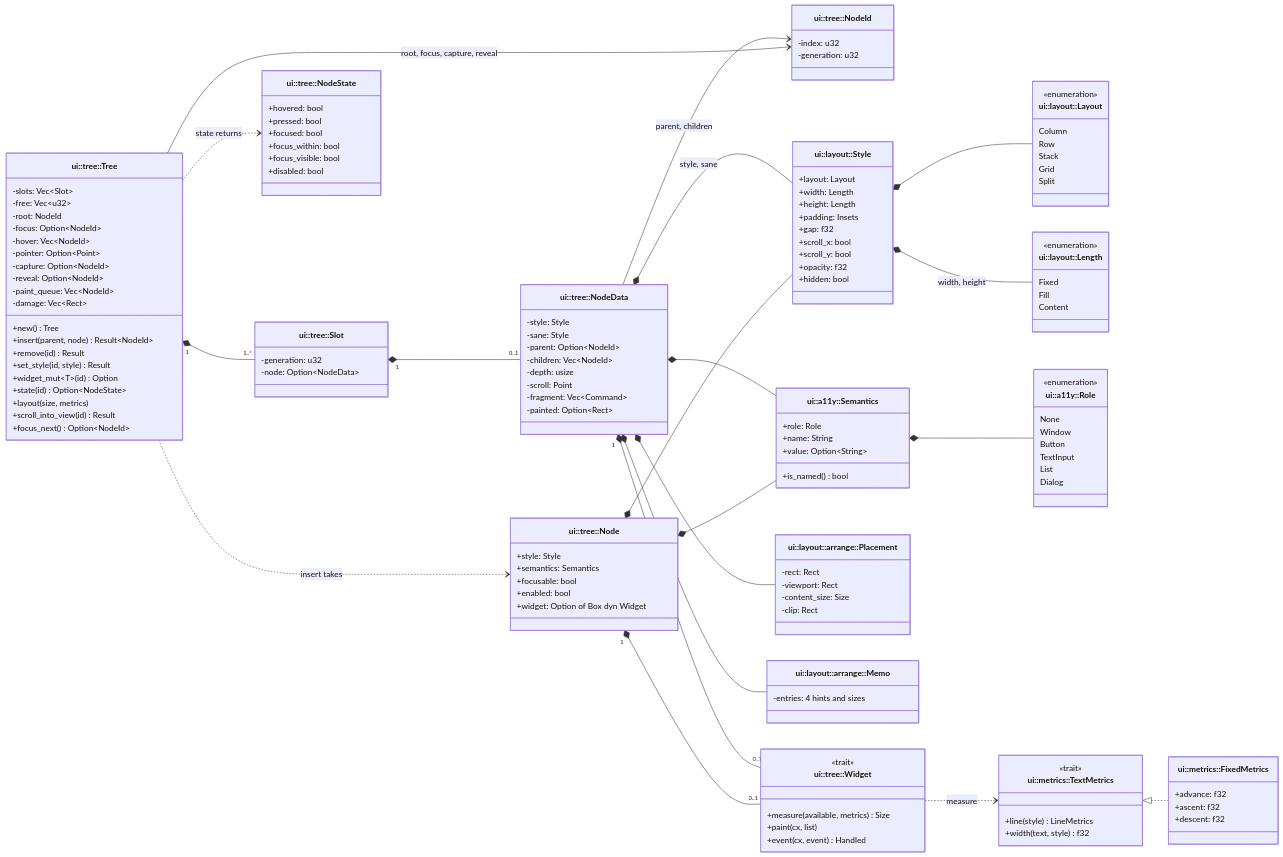
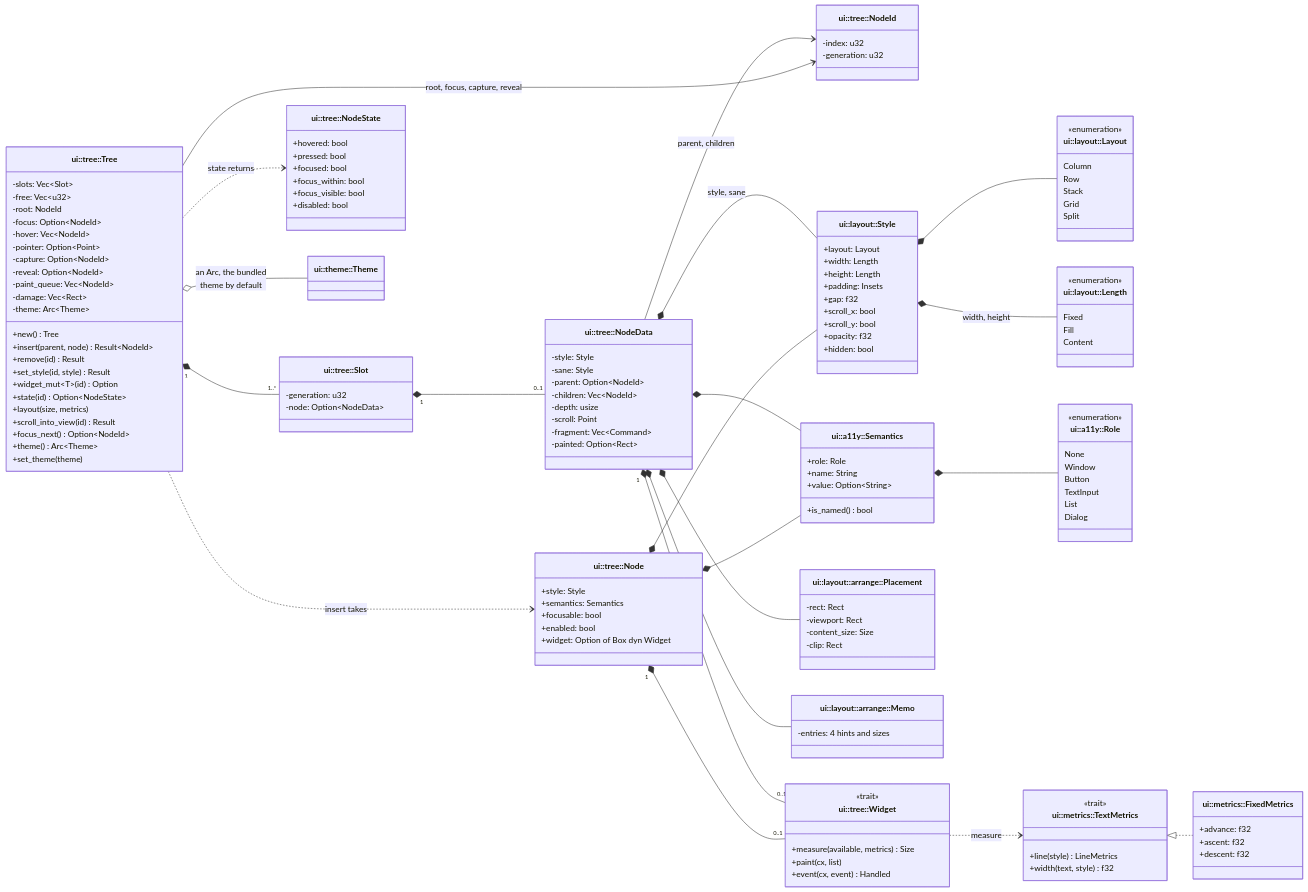
Before and after one commit to jabbott-iii/Tidepool: diagram 43 of 47 in diagrams/class-diagrams.md, drawn with Mermaid. The commit also changed other lines of this file and 64 other files, not shown here.

First line of the commit message:
ui: controls, theme tokens and grapheme editing (M3.6)

```diff
--- a/diagrams/class-diagrams.md
+++ b/diagrams/class-diagrams.md
@@ -3726,6 +3728,7 @@
         -reveal: Option~NodeId~
         -paint_queue: Vec~NodeId~
         -damage: Vec~Rect~
+        -theme: Arc~Theme~
         +new() Tree
         +insert(parent, node) Result~NodeId~
         +remove(id) Result
@@ -3735,6 +3738,8 @@
         +layout(size, metrics)
         +scroll_into_view(id) Result
         +focus_next() Option~NodeId~
+        +theme() Arc~Theme~
+        +set_theme(theme)
     }
     class Slot["ui::tree::Slot"] {
         -generation: u32
@@ -3834,8 +3839,10 @@
         +ascent: f32
         +descent: f32
     }
+    class Theme["ui::theme::Theme"]
 
     Tree "1" *-- "1..*" Slot
+    Tree o-- Theme : an Arc, the bundled<br/>theme by default
     Slot "1" *-- "0..1" NodeData
     NodeData *-- Style : style, sane
     NodeData *-- Semantics
```
